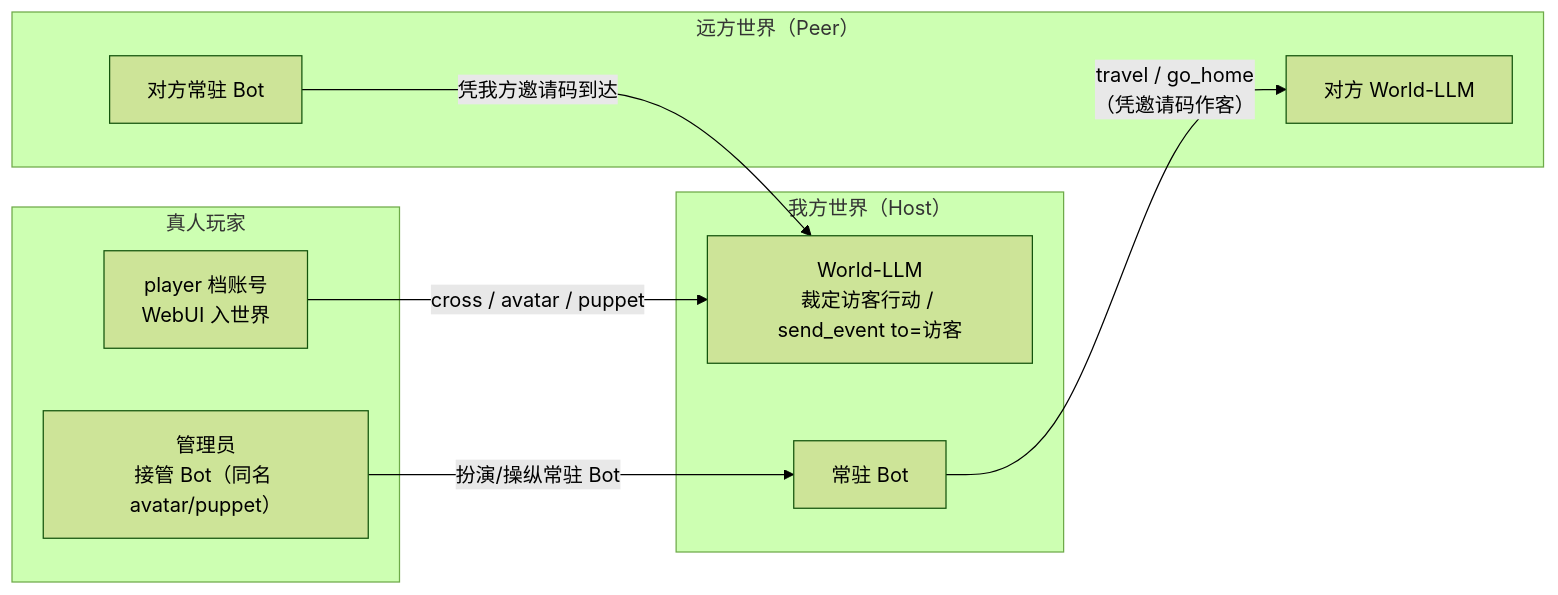
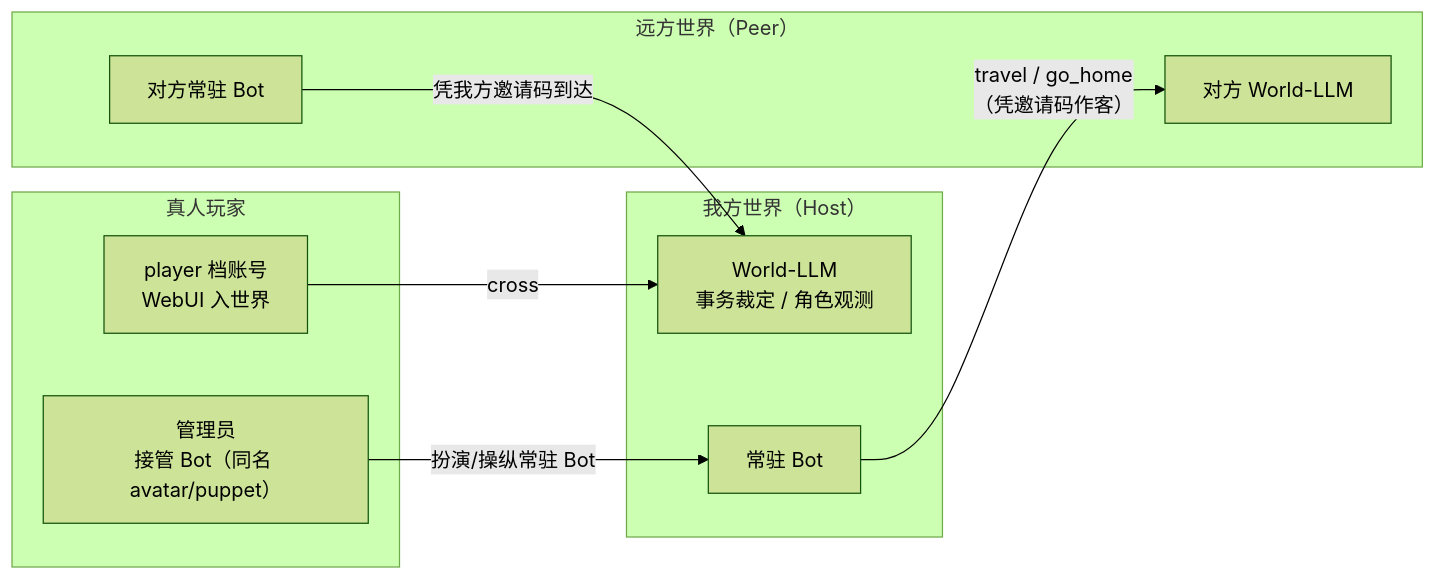
The second of 3 diagrams in README.md (YesWeAreBot/YesImBotWorld), drawn with Mermaid (forest theme) before and after one commit. The commit also changed other lines of this file and 48 other files, not shown here.

````diff
--- a/README.md
+++ b/README.md
@@ -129,22 +98,22 @@
 ```mermaid
 flowchart LR
   subgraph host["我方世界（Host）"]
-    HOST["World-LLM<br/>裁定访客行动 / send_event to=访客"]
+    HOST["World-LLM<br/>事务裁定 / 角色观测"]
     RES["常驻 Bot"]
   end
 
   subgraph peer["远方世界（Peer）"]
     PEER["对方 World-LLM"]
     PBOT["对方常驻 Bot"]
   end
 
   subgraph player["真人玩家"]
     P1["player 档账号<br/>WebUI 入世界"]
     P2["管理员<br/>接管 Bot（同名 avatar/puppet）"]
   end
 
   RES -- "travel / go_home<br/>（凭邀请码作客）" --> PEER
   PBOT -- "凭我方邀请码到达" --> HOST
-  P1 -- "cross / avatar / puppet" --> HOST
+  P1 -- "cross" --> HOST
   P2 -- "扮演/操纵常驻 Bot" --> RES
 ```
````
